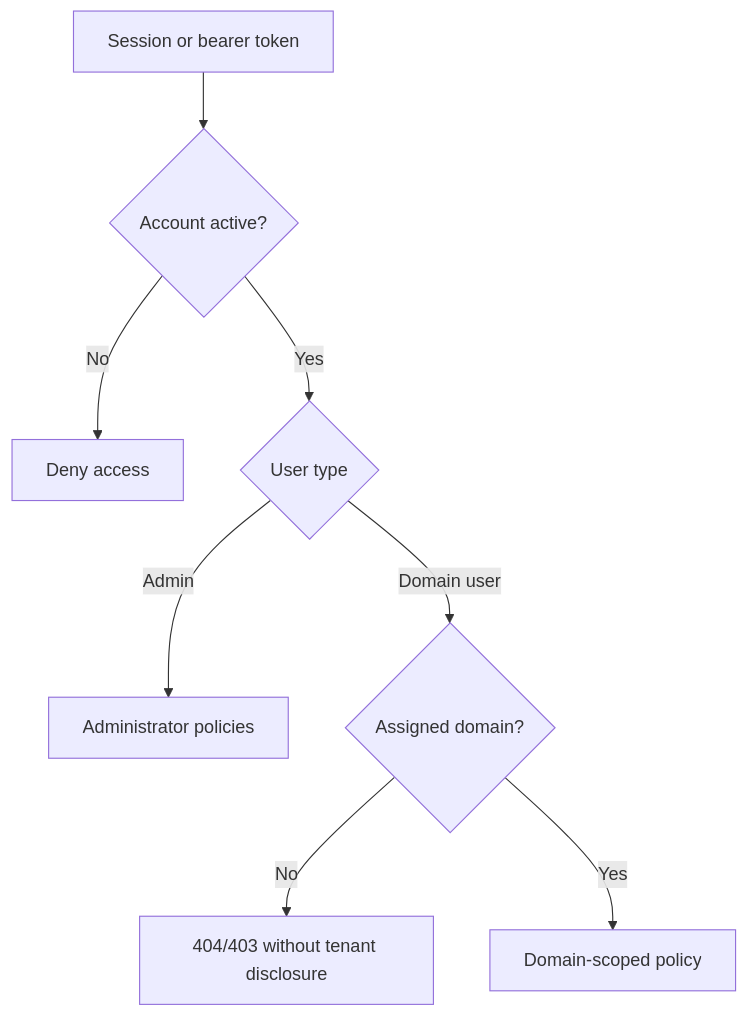
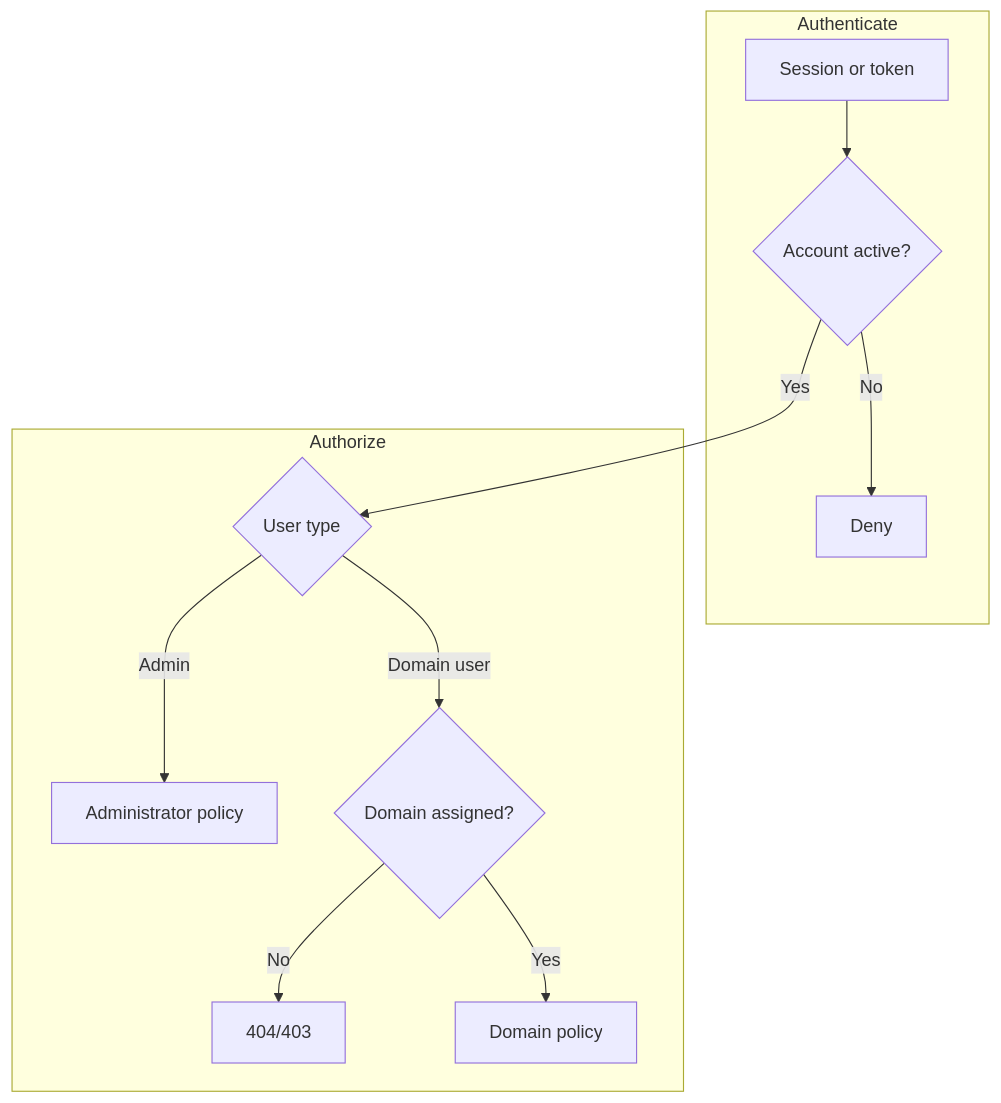
The diagram in docs/guides/users-and-access.md (vaheed/CDNFoundry), drawn with Mermaid before and after one commit. The commit also changed 24 other files, not shown here.

````diff
--- a/docs/guides/users-and-access.md
+++ b/docs/guides/users-and-access.md
@@ -16,10 +16,14 @@
 ```mermaid
 flowchart TD
-    Login["Session or bearer token"] --> Active{"Account active?"}
-    Active -- No --> Deny["Deny access"]
-    Active -- Yes --> Type{"User type"}
-    Type -- Admin --> Admin["Administrator policies"]
-    Type -- Domain user --> Assigned{"Assigned domain?"}
-    Assigned -- No --> Hidden["404/403 without tenant disclosure"]
-    Assigned -- Yes --> Domain["Domain-scoped policy"]
+    subgraph Authenticate["Authenticate"]
+      Login["Session or token"] --> Active{"Account active?"}
+      Active -- No --> Deny["Deny"]
+    end
+    subgraph Authorize["Authorize"]
+      Active -- Yes --> Type{"User type"}
+      Type -- Admin --> Admin["Administrator policy"]
+      Type -- Domain user --> Assigned{"Domain assigned?"}
+      Assigned -- No --> Hidden["404/403"]
+      Assigned -- Yes --> Domain["Domain policy"]
+    end
 ```
````
